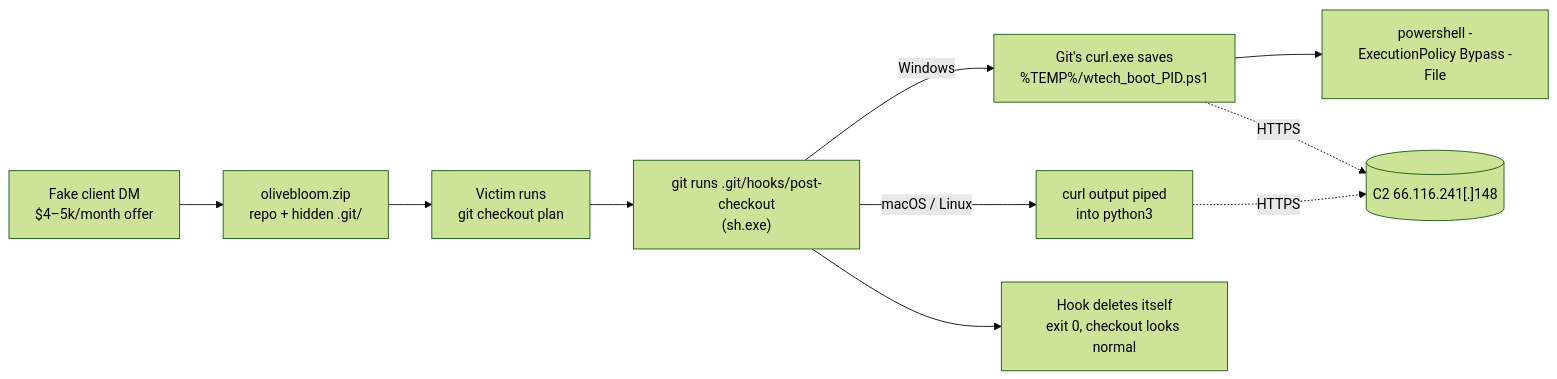
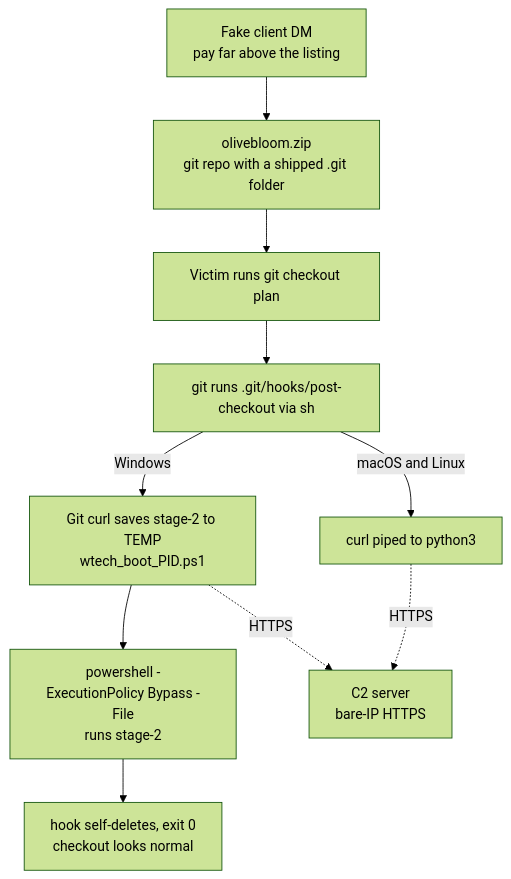
The diagram in README.md (jafeeri/olivebloom-githook-dropper-analysis), drawn with Mermaid (forest theme) before and after one commit. The commit also changed other lines of this file and 1 other file, not shown here.

Commit message:
Phase 5: controlled detonation results, chain confirmed, detonation evidence; robust attack-flow diagram; professional takeaways

````diff
--- a/README.md
+++ b/README.md
@@ -114,12 +116,12 @@
 ```mermaid
-flowchart LR
-    A["Fake client DM<br/>$4–5k/month offer"] --> B["olivebloom.zip<br/>repo + hidden .git/"]
-    B --> C["Victim runs<br/>git checkout plan"]
-    C --> D["git runs .git/hooks/post-checkout<br/>(sh.exe)"]
-    D -->|Windows| E["Git's curl.exe saves<br/>%TEMP%/wtech_boot_PID.ps1"]
-    E --> F["powershell -ExecutionPolicy Bypass -File"]
-    D -->|macOS / Linux| G["curl output piped<br/>into python3"]
-    E -.->|HTTPS| H[("C2 66.116.241[.]148")]
+flowchart TD
+    A["Fake client DM<br/>pay far above the listing"] --> B["olivebloom.zip<br/>git repo with a shipped .git folder"]
+    B --> C["Victim runs git checkout plan"]
+    C --> D["git runs .git/hooks/post-checkout via sh"]
+    D -->|Windows| E["Git curl saves stage-2 to TEMP<br/>wtech_boot_PID.ps1"]
+    E --> F["powershell -ExecutionPolicy Bypass -File<br/>runs stage-2"]
+    D -->|macOS and Linux| G["curl piped to python3"]
+    E -.->|HTTPS| H["C2 server<br/>bare-IP HTTPS"]
     G -.->|HTTPS| H
-    D --> I["Hook deletes itself<br/>exit 0, checkout looks normal"]
+    F --> I["hook self-deletes, exit 0<br/>checkout looks normal"]
 ```
````
